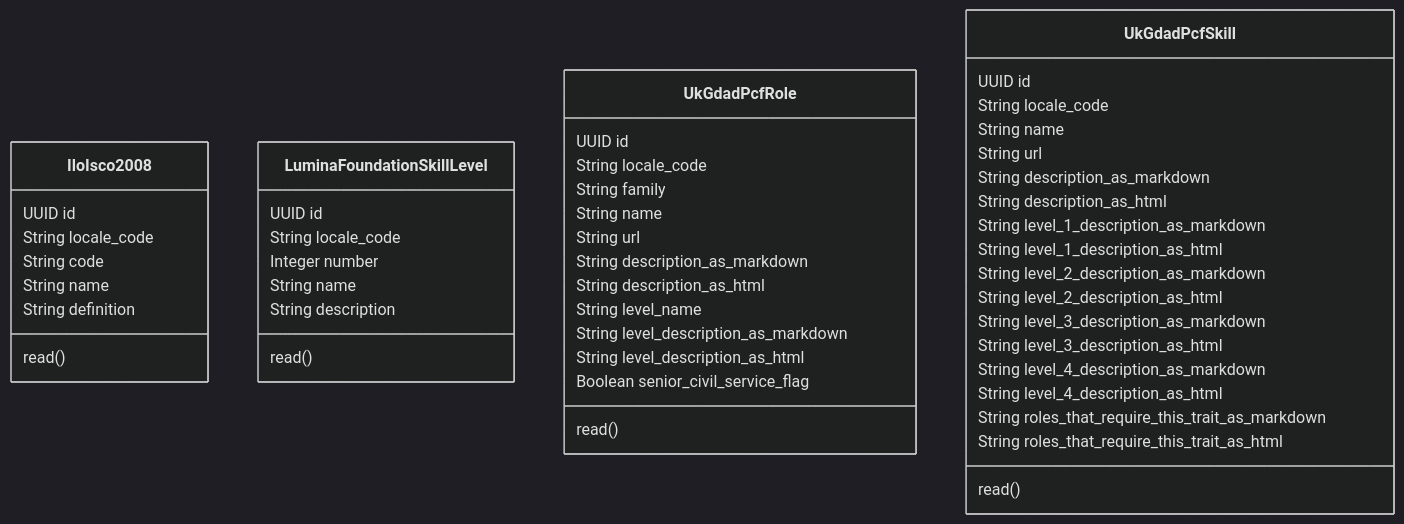
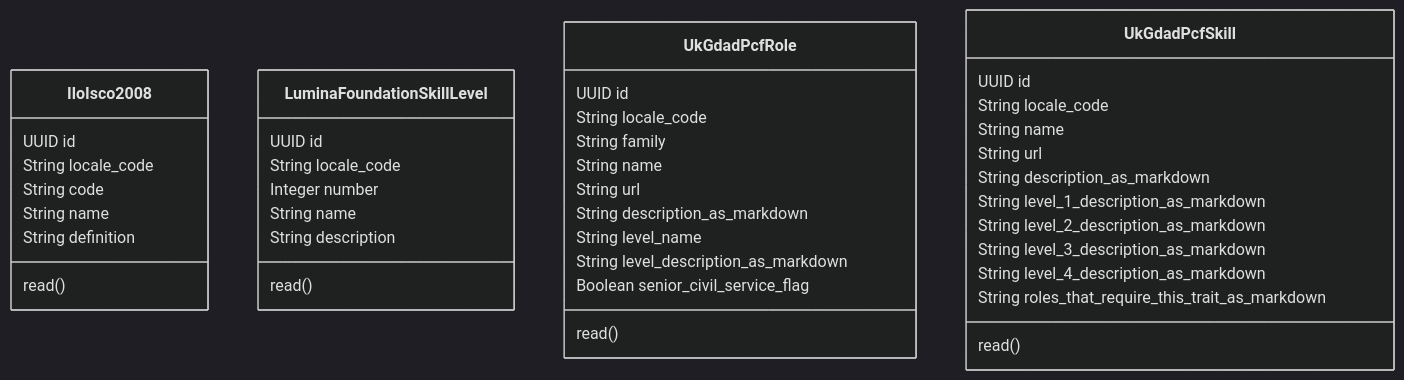
Before and after one commit to joelparkerhenderson/navatrack: the diagram in lib/navatrack/codes-mermaid-class-diagram.mmd, drawn with Mermaid (dark theme). The commit also changed 35 other files, not shown here.

```diff
--- a/lib/navatrack/codes-mermaid-class-diagram.mmd
+++ b/lib/navatrack/codes-mermaid-class-diagram.mmd
@@ -1,50 +1,42 @@
 classDiagram
     class IloIsco2008 {
         UUID id
         String locale_code
         String code
         String name
         String definition
         read()
     }
     class LuminaFoundationSkillLevel {
         UUID id
         String locale_code
         Integer number
         String name
         String description
         read()
     }
     class UkGdadPcfRole {
         UUID id
         String locale_code
         String family
         String name
         String url
         String description_as_markdown
-        String description_as_html
         String level_name
         String level_description_as_markdown
-        String level_description_as_html
         Boolean senior_civil_service_flag
         read()
     }
     class UkGdadPcfSkill {
         UUID id
         String locale_code
         String name
         String url
         String description_as_markdown
-        String description_as_html
         String level_1_description_as_markdown
-        String level_1_description_as_html
         String level_2_description_as_markdown
-        String level_2_description_as_html
         String level_3_description_as_markdown
-        String level_3_description_as_html
         String level_4_description_as_markdown
-        String level_4_description_as_html
         String roles_that_require_this_trait_as_markdown
-        String roles_that_require_this_trait_as_html
         read()
     }
```
